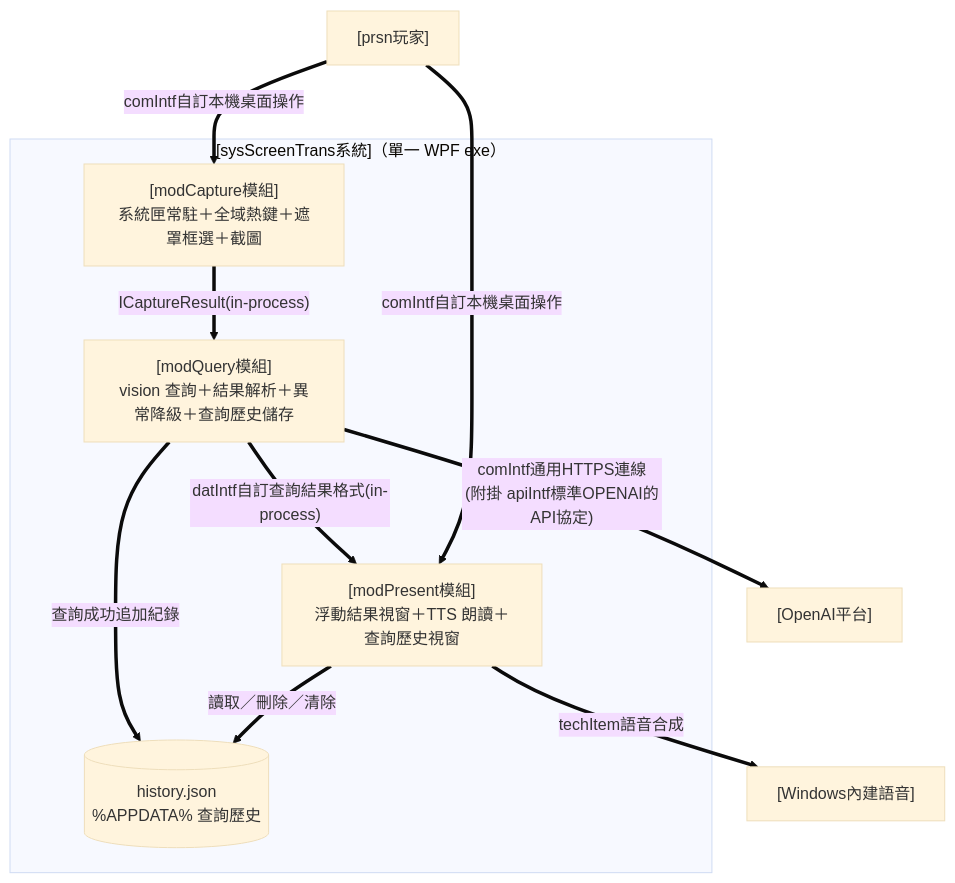
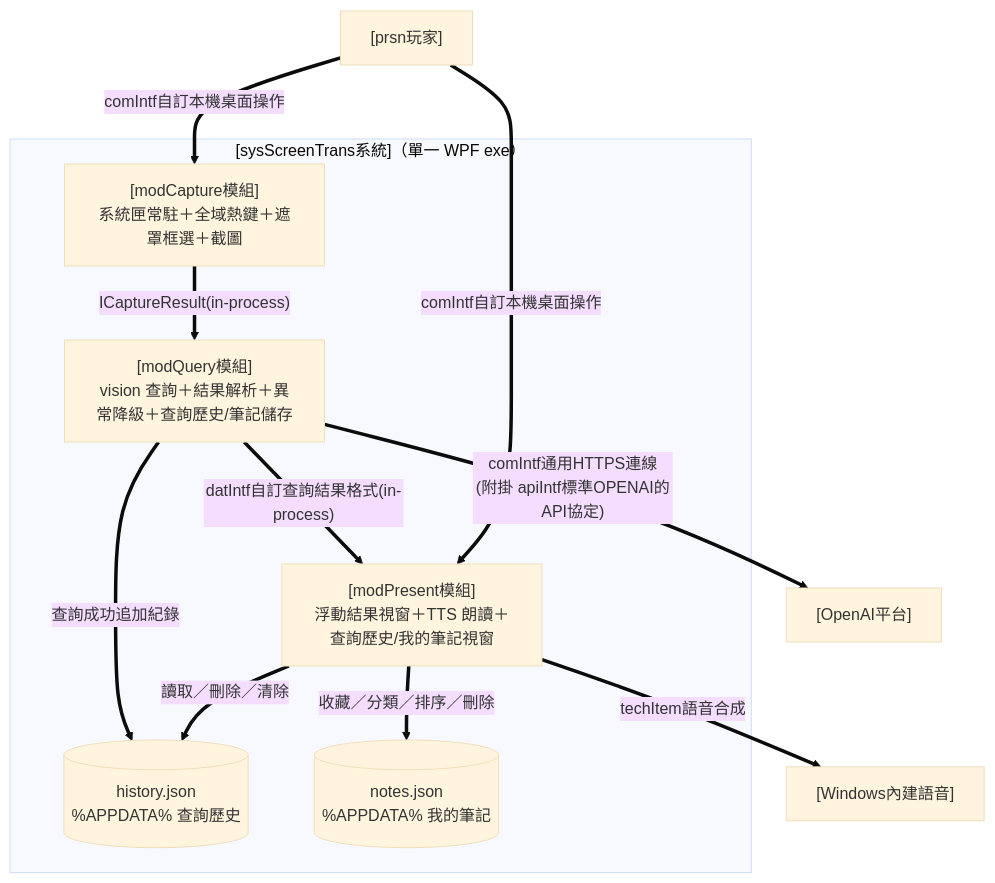
Before and after one commit to twStellerWhale-Ocean2/solLingoIsland: the fifth of 6 diagrams in docs/design.md, drawn with Mermaid (base theme). The commit also changed other lines of this file and 17 other files, not shown here.

````diff
--- a/docs/design.md
+++ b/docs/design.md
@@ -367,24 +374,26 @@
 ```mermaid
 flowchart TB
 
 PRSN["[prsn玩家]"]
 
 subgraph SYS["[sysScreenTrans系統]（單一 WPF exe）"]
   CAP["[modCapture模組]<br/>系統匣常駐＋全域熱鍵＋遮罩框選＋截圖"]
-  QRY["[modQuery模組]<br/>vision 查詢＋結果解析＋異常降級＋查詢歷史儲存"]
-  PRE["[modPresent模組]<br/>浮動結果視窗＋TTS 朗讀＋查詢歷史視窗"]
+  QRY["[modQuery模組]<br/>vision 查詢＋結果解析＋異常降級＋查詢歷史/筆記儲存"]
+  PRE["[modPresent模組]<br/>浮動結果視窗＋TTS 朗讀＋查詢歷史/我的筆記視窗"]
   HIST[("history.json<br/>%APPDATA% 查詢歷史")]
+  NOTES[("notes.json<br/>%APPDATA% 我的筆記")]
   CAP ==>|"ICaptureResult(in-process)"| QRY
   QRY ==>|"datIntf自訂查詢結果格式(in-process)"| PRE
   QRY ==>|"查詢成功追加紀錄"| HIST
   PRE ==>|"讀取／刪除／清除"| HIST
+  PRE ==>|"收藏／分類／排序／刪除"| NOTES
 end
 
 OPENAI["[OpenAI平台]"]
 SPEECH["[Windows內建語音]"]
 
 PRSN ==>|"comIntf自訂本機桌面操作"| CAP
 PRSN ==>|"comIntf自訂本機桌面操作"| PRE
 QRY ==>|"comIntf通用HTTPS連線<br/>(附掛 apiIntf標準OPENAI的API協定)"| OPENAI
 PRE ==>|"techItem語音合成"| SPEECH
 ```
````
